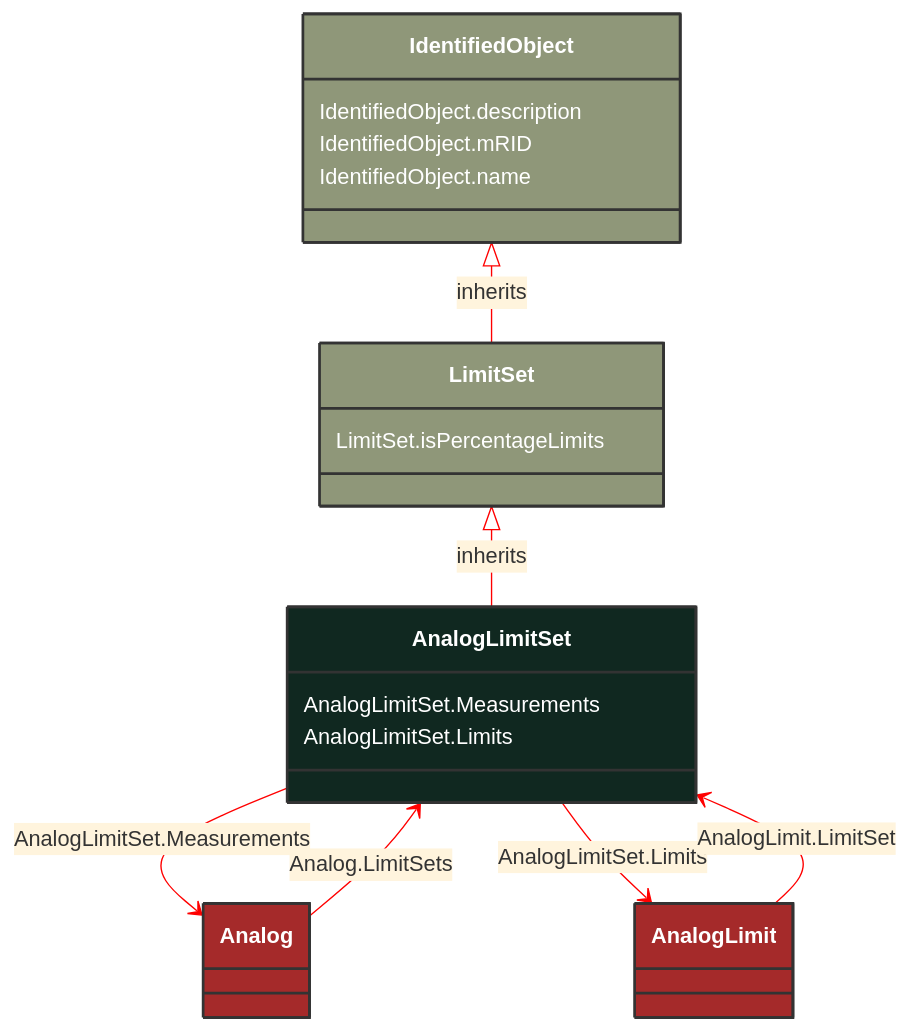
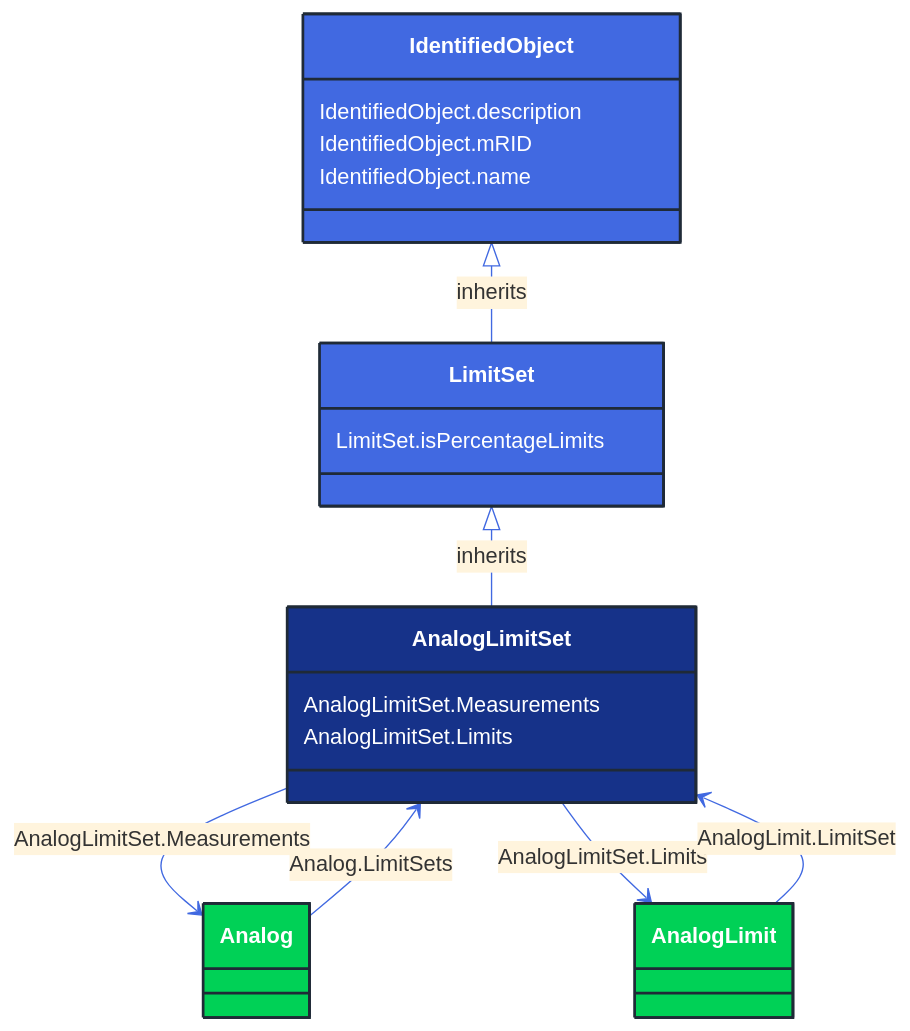
The diagram in docs/Models/Profiles/Operation/ConcreteClasses/AnalogLimitSet.md (3lbits/NoCIMExtensions), drawn with Mermaid before and after one commit. The commit also changed 362 other files, not shown here.

First line of the commit message:
Update diagrams and styles for improved visual consistency

````diff
--- a/docs/Models/Profiles/Operation/ConcreteClasses/AnalogLimitSet.md
+++ b/docs/Models/Profiles/Operation/ConcreteClasses/AnalogLimitSet.md
@@ -8,46 +8,46 @@
 ```mermaid
-%%{init: {'theme':'base','themeVariables': {'lineColor': '#FF0000'}}}%%
+%%{init: {'theme':'base','themeVariables': {'lineColor': '#4169E1'}}}%%
 classDiagram
     class AnalogLimitSet
     click AnalogLimitSet href "/Models/Profiles/Operation/ConcreteClasses/AnalogLimitSet/"
-    style AnalogLimitSet fill:#102820,stroke:#333,stroke-width:2px,rx:10,ry:10,color:white
+    style AnalogLimitSet fill:#163289,stroke:#1F2A37,stroke-width:2px,rx:10,ry:10,color:white
      
         LimitSet <|-- AnalogLimitSet : inherits
             click LimitSet href "/Models/Profiles/Operation/AbstractClasses/LimitSet/"
-            style LimitSet fill:#8F9779,stroke:#333,stroke-width:2px,rx:10,ry:10,color:white
+            style LimitSet fill:#4169E1,stroke:#1F2A37,stroke-width:2px,rx:10,ry:10,color:white
      
         IdentifiedObject <|-- LimitSet : inherits
             click IdentifiedObject href "/Models/Profiles/Operation/AbstractClasses/IdentifiedObject/"
-            style IdentifiedObject fill:#8F9779,stroke:#333,stroke-width:2px,rx:10,ry:10,color:white
+            style IdentifiedObject fill:#4169E1,stroke:#1F2A37,stroke-width:2px,rx:10,ry:10,color:white
 
         AnalogLimitSet --> Analog : AnalogLimitSet.Measurements
 
         Analog
             click Analog href "/Models/Profiles/Operation/ConcreteClasses/Analog/"
-            style Analog fill:#A52A2A,stroke:#333,stroke-width:2px,rx:10,ry:10,color:white
+            style Analog fill:#00D156,stroke:#1F2A37,stroke-width:2px,rx:10,ry:10,color:white
         AnalogLimitSet --> AnalogLimit : AnalogLimitSet.Limits
 
         AnalogLimit
             click AnalogLimit href "/Models/Profiles/Operation/ConcreteClasses/AnalogLimit/"
-            style AnalogLimit fill:#A52A2A,stroke:#333,stroke-width:2px,rx:10,ry:10,color:white
+            style AnalogLimit fill:#00D156,stroke:#1F2A37,stroke-width:2px,rx:10,ry:10,color:white
 
         Analog --> AnalogLimitSet : Analog.LimitSets
 
         Analog
             click Analog href "/Models/Profiles/Operation/ConcreteClasses/Analog/"
-            style Analog fill:#A52A2A,stroke:#333,stroke-width:2px,rx:10,ry:10,color:white
+            style Analog fill:#00D156,stroke:#1F2A37,stroke-width:2px,rx:10,ry:10,color:white
 
         AnalogLimit --> AnalogLimitSet : AnalogLimit.LimitSet
 
         AnalogLimit
             click AnalogLimit href "/Models/Profiles/Operation/ConcreteClasses/AnalogLimit/"
-            style AnalogLimit fill:#A52A2A,stroke:#333,stroke-width:2px,rx:10,ry:10,color:white
+            style AnalogLimit fill:#00D156,stroke:#1F2A37,stroke-width:2px,rx:10,ry:10,color:white
 
 
         AnalogLimitSet : AnalogLimitSet.Measurements
         AnalogLimitSet : AnalogLimitSet.Limits
         LimitSet : LimitSet.isPercentageLimits
         IdentifiedObject : IdentifiedObject.description
         IdentifiedObject : IdentifiedObject.mRID
         IdentifiedObject : IdentifiedObject.name
 ```
````
